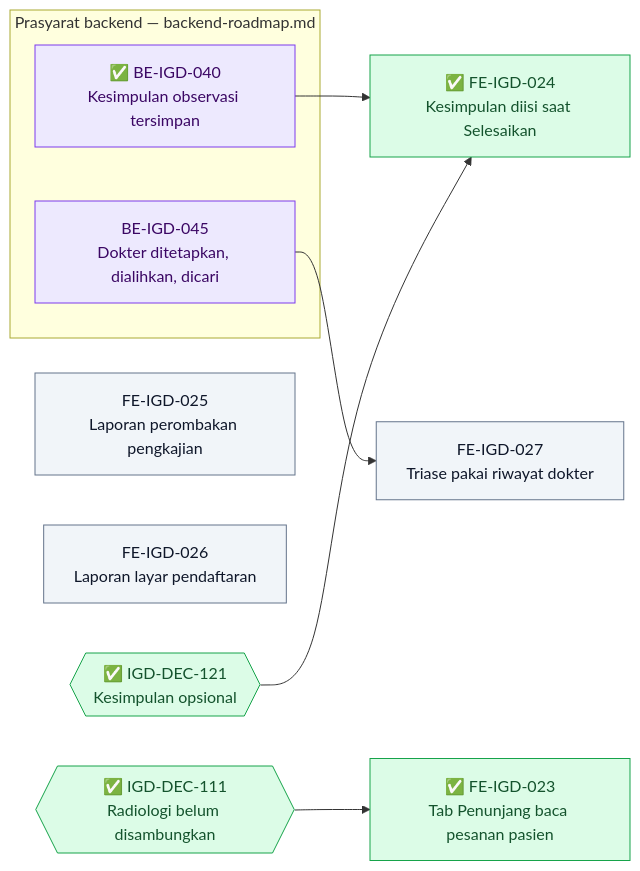
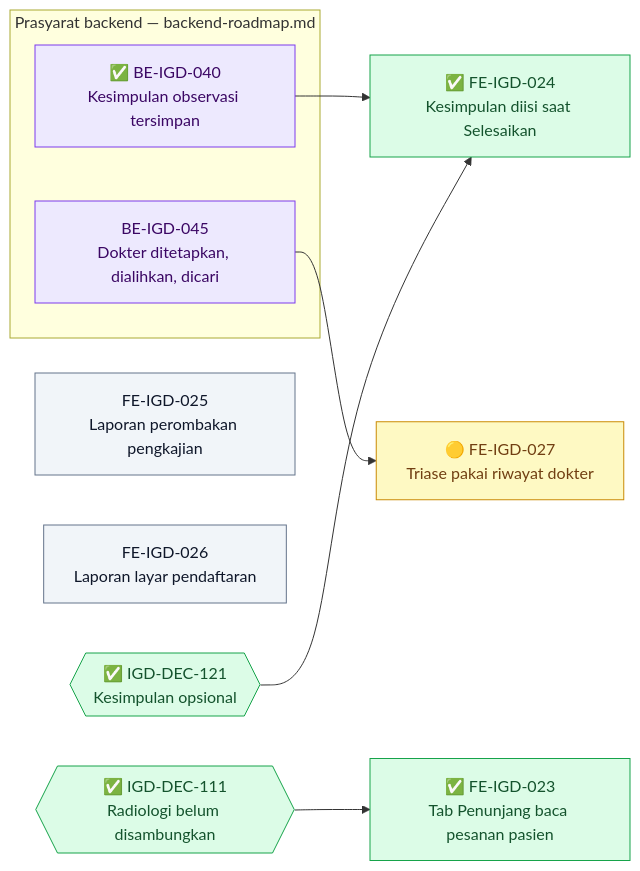
Before and after one commit to DevBenari/NewQuilvianSystemBackend: the sixth of 9 diagrams in docs/module-blueprints/igd/roadmap/frontend-roadmap.md, drawn with Mermaid. The commit also changed other lines of this file and 17 other files, not shown here.

````diff
--- a/docs/module-blueprints/igd/roadmap/frontend-roadmap.md
+++ b/docs/module-blueprints/igd/roadmap/frontend-roadmap.md
@@ -678,26 +678,26 @@
 ```mermaid
 flowchart LR
     classDef selesai fill:#DCFCE7,stroke:#16A34A,color:#14532D
     classDef sebagian fill:#FEF9C3,stroke:#CA8A04,color:#713F12
     classDef terblokir fill:#FEE2E2,stroke:#DC2626,color:#7F1D1D
     classDef belum fill:#F1F5F9,stroke:#64748B,color:#0F172A
     classDef luar fill:#EDE9FE,stroke:#7C3AED,color:#3B0764
 
     subgraph backend["Prasyarat backend — backend-roadmap.md"]
         BEIGD040["✅ BE-IGD-040<br/>Kesimpulan observasi tersimpan"]:::luar
         BEIGD045["BE-IGD-045<br/>Dokter ditetapkan, dialihkan, dicari"]:::luar
     end
 
     DEC111{{"✅ IGD-DEC-111<br/>Radiologi belum disambungkan"}}:::selesai
     DEC121{{"✅ IGD-DEC-121<br/>Kesimpulan opsional"}}:::selesai
     FEIGD023["✅ FE-IGD-023<br/>Tab Penunjang baca pesanan pasien"]:::selesai
     FEIGD024["✅ FE-IGD-024<br/>Kesimpulan diisi saat Selesaikan"]:::selesai
     FEIGD025["FE-IGD-025<br/>Laporan perombakan pengkajian"]:::belum
     FEIGD026["FE-IGD-026<br/>Laporan layar pendaftaran"]:::belum
-    FEIGD027["FE-IGD-027<br/>Triase pakai riwayat dokter"]:::belum
+    FEIGD027["🟡 FE-IGD-027<br/>Triase pakai riwayat dokter"]:::sebagian
 
     DEC111 --> FEIGD023
     BEIGD040 --> FEIGD024
     DEC121 --> FEIGD024
     BEIGD045 --> FEIGD027
 ```
````
